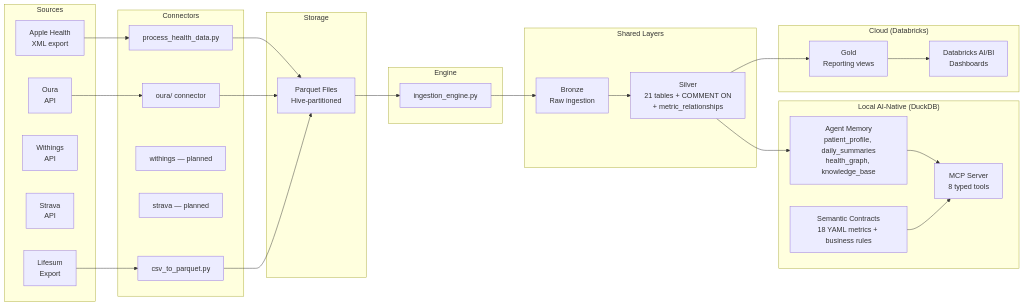
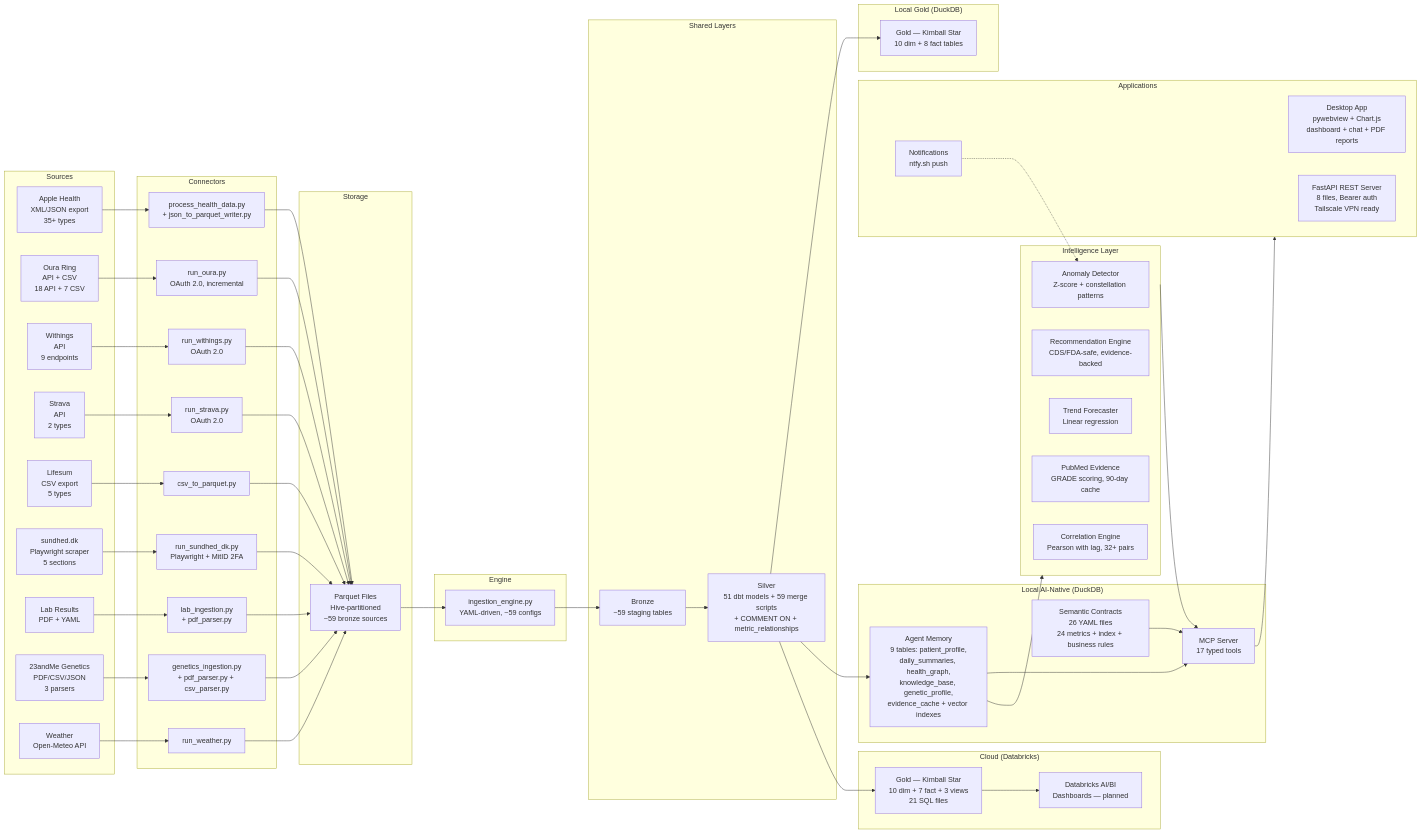
Before and after one commit to EduardPetraeus/HealthReporting: the first of 2 diagrams in docs/architecture.md, drawn with Mermaid. The commit also changed other lines of this file and 1 other file, not shown here.

````diff
--- a/docs/architecture.md
+++ b/docs/architecture.md
@@ -17,52 +17,89 @@
 ```mermaid
 graph LR
     subgraph Sources
-        AH[Apple Health<br/>XML export]
-        OU[Oura<br/>API]
-        WI[Withings<br/>API]
-        ST[Strava<br/>API]
-        LI[Lifesum<br/>Export]
+        AH[Apple Health<br/>XML/JSON export<br/>35+ types]
+        OU[Oura Ring<br/>API + CSV<br/>18 API + 7 CSV]
+        WI[Withings<br/>API<br/>9 endpoints]
+        ST[Strava<br/>API<br/>2 types]
+        LI[Lifesum<br/>CSV export<br/>5 types]
+        SD[sundhed.dk<br/>Playwright scraper<br/>5 sections]
+        LAB[Lab Results<br/>PDF + YAML]
+        GEN[23andMe Genetics<br/>PDF/CSV/JSON<br/>3 parsers]
+        WX[Weather<br/>Open-Meteo API]
     end
 
     subgraph Connectors
-        C1[process_health_data.py]
-        C2[oura/ connector]
-        C3[withings — planned]
-        C4[strava — planned]
+        C1[process_health_data.py<br/>+ json_to_parquet_writer.py]
+        C2[run_oura.py<br/>OAuth 2.0, incremental]
+        C3[run_withings.py<br/>OAuth 2.0]
+        C4[run_strava.py<br/>OAuth 2.0]
         C5[csv_to_parquet.py]
+        C6[run_sundhed_dk.py<br/>Playwright + MitID 2FA]
+        C7[lab_ingestion.py<br/>+ pdf_parser.py]
+        C8[genetics_ingestion.py<br/>+ pdf_parser.py + csv_parser.py]
+        C9[run_weather.py]
     end
 
     subgraph Storage
-        PQ[Parquet Files<br/>Hive-partitioned]
+        PQ[Parquet Files<br/>Hive-partitioned<br/>~59 bronze sources]
     end
 
     subgraph Engine
-        IE[ingestion_engine.py]
+        IE[ingestion_engine.py<br/>YAML-driven, ~59 configs]
     end
 
     subgraph Shared["Shared Layers"]
-        B[Bronze<br/>Raw ingestion]
-        S[Silver<br/>21 tables + COMMENT ON<br/>+ metric_relationships]
+        B[Bronze<br/>~59 staging tables]
+        S[Silver<br/>51 dbt models + 59 merge scripts<br/>+ COMMENT ON + metric_relationships]
     end
 
-    subgraph Local["Local AI-Native (DuckDB)"]
-        AM[Agent Memory<br/>patient_profile, daily_summaries<br/>health_graph, knowledge_base]
-        SC[Semantic Contracts<br/>18 YAML metrics + business rules]
-        MCP[MCP Server<br/>8 typed tools]
+    subgraph LocalGold["Local Gold (DuckDB)"]
+        GL[Gold — Kimball Star<br/>10 dim + 8 fact tables]
+    end
+
+    subgraph LocalAI["Local AI-Native (DuckDB)"]
+        AM[Agent Memory<br/>9 tables: patient_profile,<br/>daily_summaries, health_graph,<br/>knowledge_base, genetic_profile,<br/>evidence_cache + vector indexes]
+        SC[Semantic Contracts<br/>26 YAML files<br/>24 metrics + index + business rules]
+        MCP[MCP Server<br/>17 typed tools]
+    end
+
+    subgraph Intelligence["Intelligence Layer"]
+        ANOM[Anomaly Detector<br/>Z-score + constellation patterns]
+        REC[Recommendation Engine<br/>CDS/FDA-safe, evidence-backed]
+        FORE[Trend Forecaster<br/>Linear regression]
+        PUB[PubMed Evidence<br/>GRADE scoring, 90-day cache]
+        CORR[Correlation Engine<br/>Pearson with lag, 32+ pairs]
+    end
+
+    subgraph Apps["Applications"]
+        DESK[Desktop App<br/>pywebview + Chart.js<br/>dashboard + chat + PDF reports]
+        API[FastAPI REST Server<br/>8 files, Bearer auth<br/>Tailscale VPN ready]
+        NOTIF[Notifications<br/>ntfy.sh push]
     end
 
     subgraph Cloud["Cloud (Databricks)"]
-        G[Gold<br/>Reporting views]
-        BI[Databricks AI/BI<br/>Dashboards]
+        GC[Gold — Kimball Star<br/>10 dim + 7 fact + 3 views<br/>21 SQL files]
+        BI[Databricks AI/BI<br/>Dashboards — planned]
     end
 
     AH --> C1 --> PQ
     OU --> C2 --> PQ
+    WI --> C3 --> PQ
+    ST --> C4 --> PQ
     LI --> C5 --> PQ
+    SD --> C6 --> PQ
+    LAB --> C7 --> PQ
+    GEN --> C8 --> PQ
+    WX --> C9 --> PQ
 
     PQ --> IE --> B --> S
+    S --> GL
     S --> AM
-    S --> G --> BI
+    S --> GC --> BI
     AM --> MCP
     SC --> MCP
+    AM --> Intelligence
+    MCP --> Apps
+    Intelligence --> MCP
+    NOTIF -.-> ANOM
 ```
````
